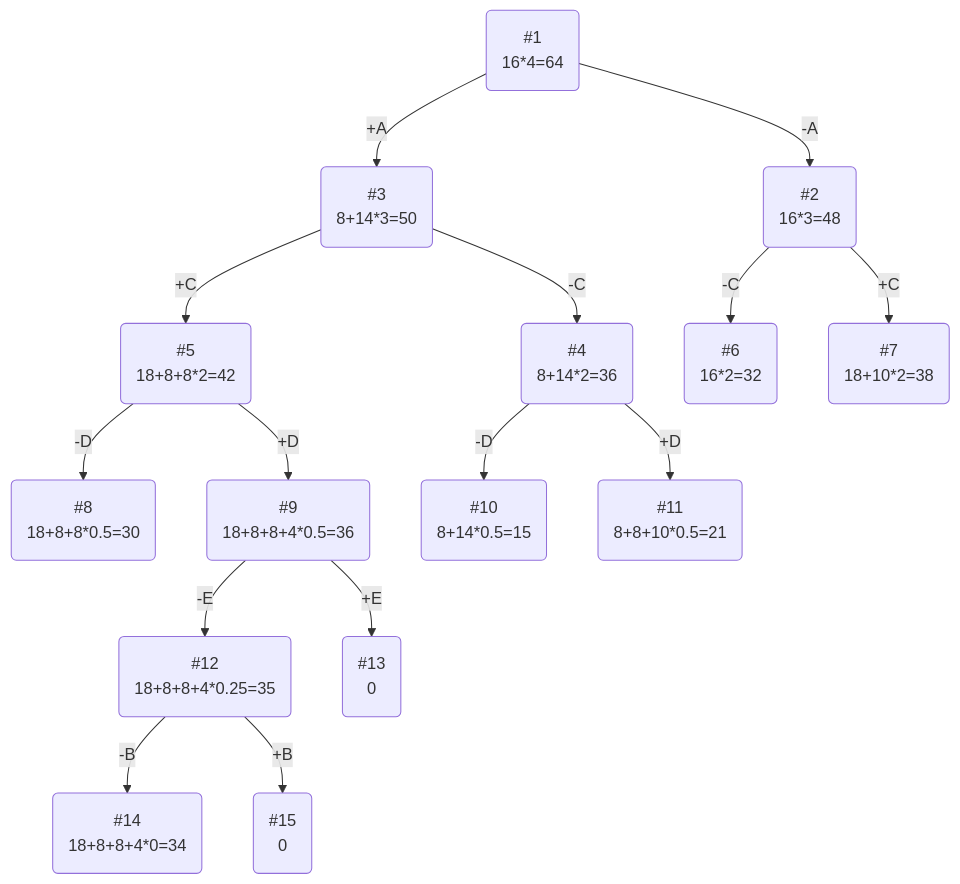
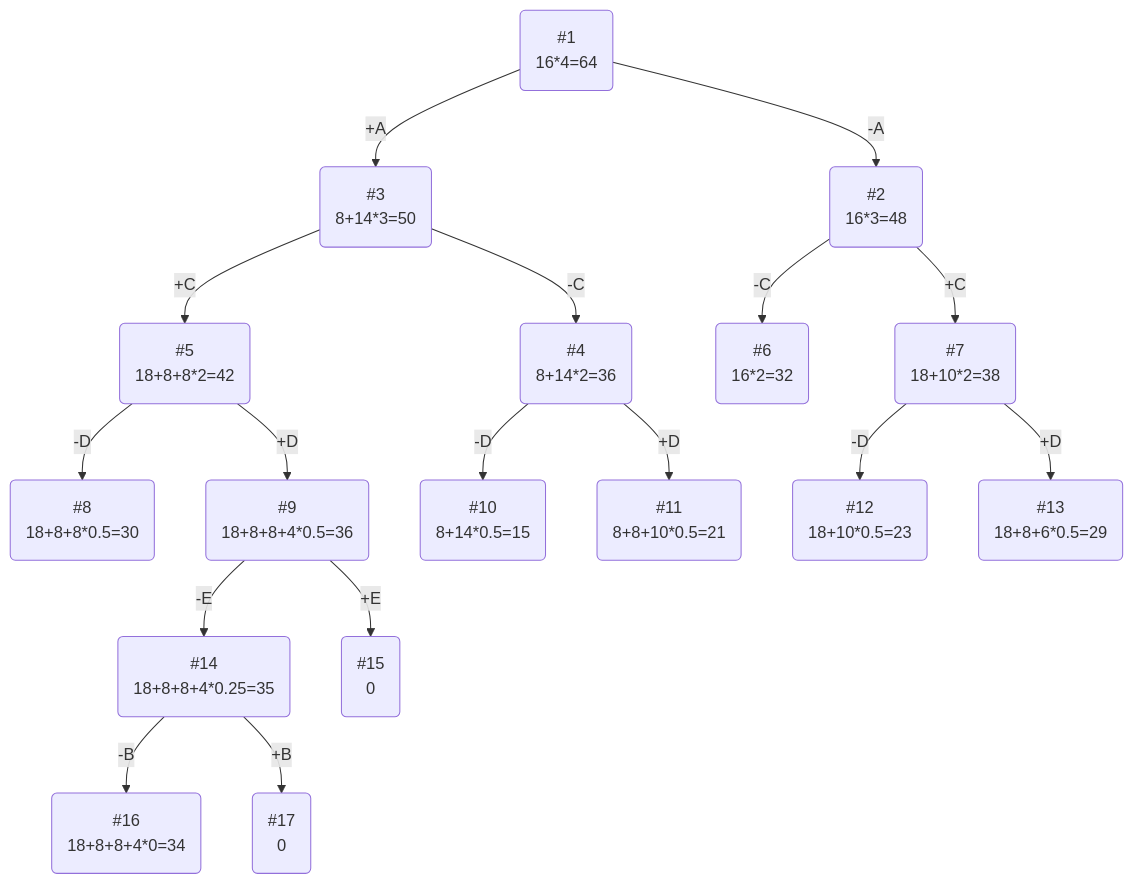
One commit to HSE-algo-23-crow/manual_tasks changed the diagram in task_19/gigacode_task_19.md. Above: the diagram before and after it, drawn with Mermaid.

````diff
--- a/task_19/gigacode_task_19.md
+++ b/task_19/gigacode_task_19.md
@@ -53,18 +53,20 @@
 ```mermaid
 graph TB
     1(#1\n16*4=64)-->|-A|2(#2\n16*3=48)
     1-->|+A|3(#3\n8+14*3=50)
     3-->|-C|4(#4\n8+14*2=36)
     3-->|+C|5(#5\n18+8+8*2=42)
     5-->|+D|9(#9\n18+8+8+4*0.5=36)
-    9-->|-E|12(#12\n18+8+8+4*0.25=35)
-    12-->|-B|14(#14\n18+8+8+4*0=34)
-    12-->|+B|15(#15\n0)
-    9-->|+E|13(#13\n0)
+    9-->|-E|12(#14\n18+8+8+4*0.25=35)
+    12-->|-B|14(#16\n18+8+8+4*0=34)
+    12-->|+B|15(#17\n0)
+    9-->|+E|13(#15\n0)
     5-->|-D|8(#8\n18+8+8*0.5=30)
     2-->|-C|6(#6\n16*2=32)
     2-->|+C|7(#7\n18+10*2=38)
+    7-->|-D|16(#12\n18+10*0.5=23)
+    7-->|+D|17(#13\n18+8+6*0.5=29)
     4-->|-D|10(#10\n8+14*0.5=15)
     4-->|+D|11(#11\n8+8+10*0.5=21)
 
 ```
````
